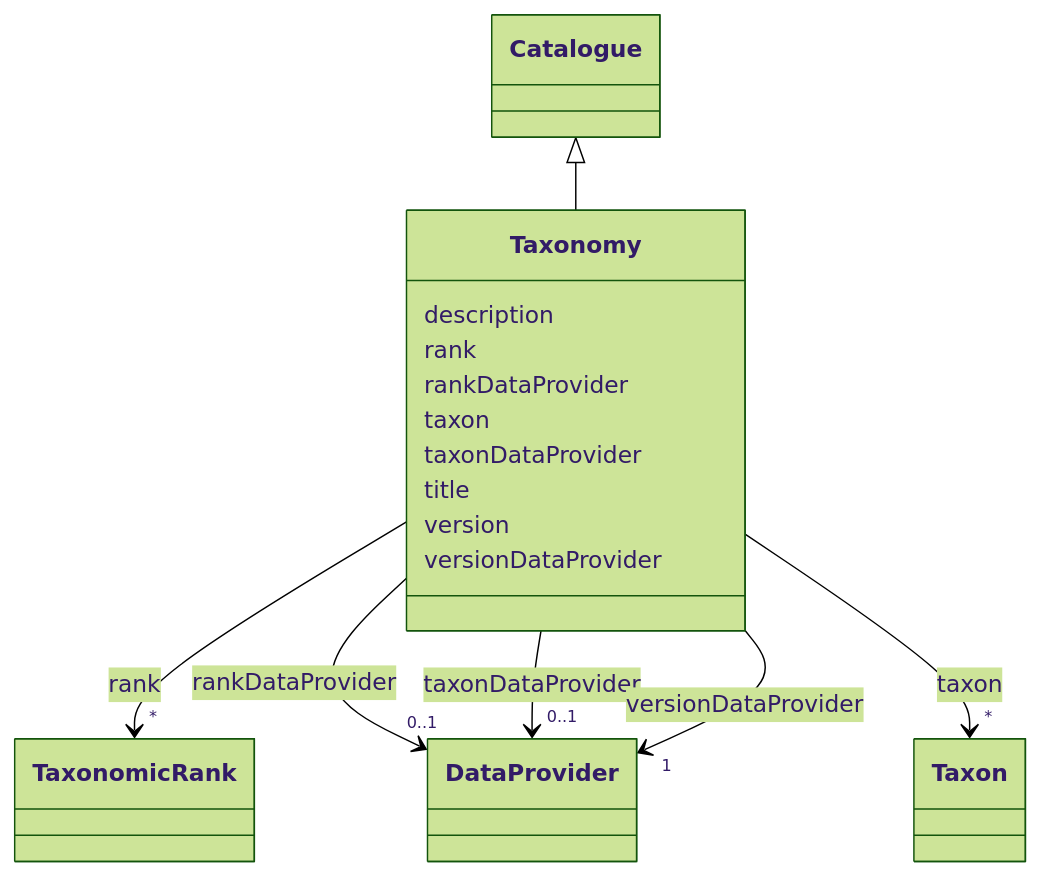
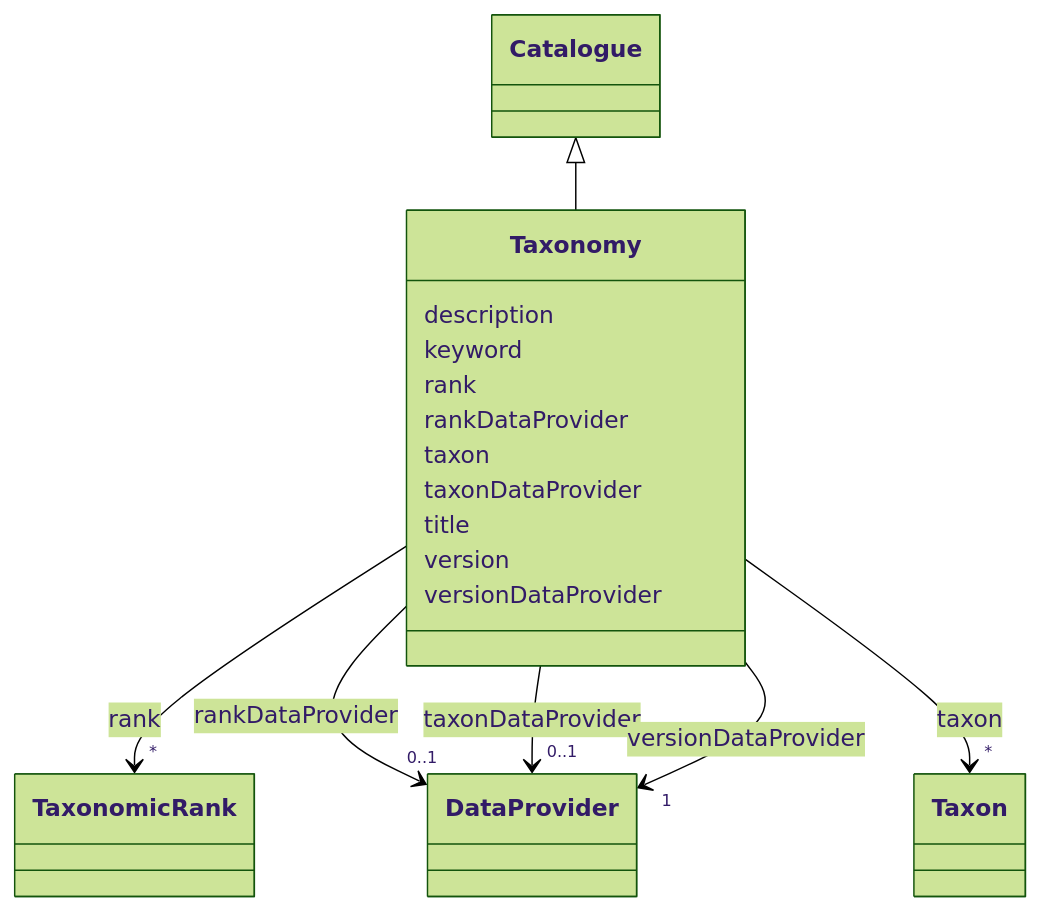
The diagram in models/docs/Taxonomy.md (EVORA-project/evora-ontology), drawn with Mermaid (forest theme) before and after one commit. The commit also changed other lines of this file and 402 other files, not shown here.

````diff
--- a/models/docs/Taxonomy.md
+++ b/models/docs/Taxonomy.md
@@ -19,60 +19,62 @@
 ```mermaid
  classDiagram
     class Taxonomy
     click Taxonomy href "../Taxonomy"
       Catalogue <|-- Taxonomy
         click Catalogue href "../Catalogue"
       
       Taxonomy : description
+        
+      Taxonomy : keyword
         
       Taxonomy : rank
         
           
     
     
     Taxonomy --> "*" TaxonomicRank : rank
     click TaxonomicRank href "../TaxonomicRank"
 
         
       Taxonomy : rankDataProvider
         
           
     
     
     Taxonomy --> "0..1" DataProvider : rankDataProvider
     click DataProvider href "../DataProvider"
 
         
       Taxonomy : taxon
         
           
     
     
     Taxonomy --> "*" Taxon : taxon
     click Taxon href "../Taxon"
 
         
       Taxonomy : taxonDataProvider
         
           
     
     
     Taxonomy --> "0..1" DataProvider : taxonDataProvider
     click DataProvider href "../DataProvider"
 
         
       Taxonomy : title
         
       Taxonomy : version
         
       Taxonomy : versionDataProvider
         
           
     
     
     Taxonomy --> "1" DataProvider : versionDataProvider
     click DataProvider href "../DataProvider"
 
         
       
 ```
````
